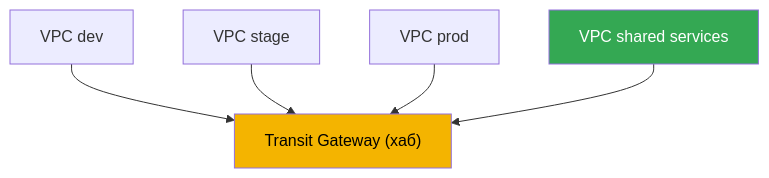
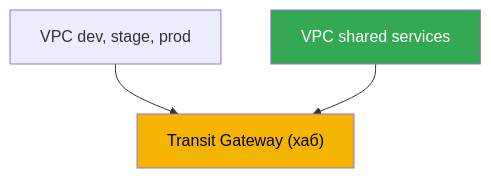
One commit to ViktorUJ/cks changed the second of 3 diagrams in tasks/eks/course/32/ru.md. Above: the diagram before and after it, drawn with Mermaid. The commit also changed 52 other files, not shown here.

````diff
--- a/tasks/eks/course/32/ru.md
+++ b/tasks/eks/course/32/ru.md
@@ -202,14 +202,7 @@
 ```mermaid
 flowchart TB
-    tgw["Transit Gateway (хаб)"]
-    dev["VPC dev"]
-    stage["VPC stage"]
-    prod["VPC prod"]
-    shared["VPC shared services"]
-    dev --> tgw
-    stage --> tgw
-    prod --> tgw
-    shared --> tgw
+    dev["VPC dev, stage, prod"] --> tgw["Transit Gateway (хаб)"]
+    shared["VPC shared services"] --> tgw
     style tgw fill:#f4b400,color:#000
     style shared fill:#34a853,color:#fff
 ```
````
